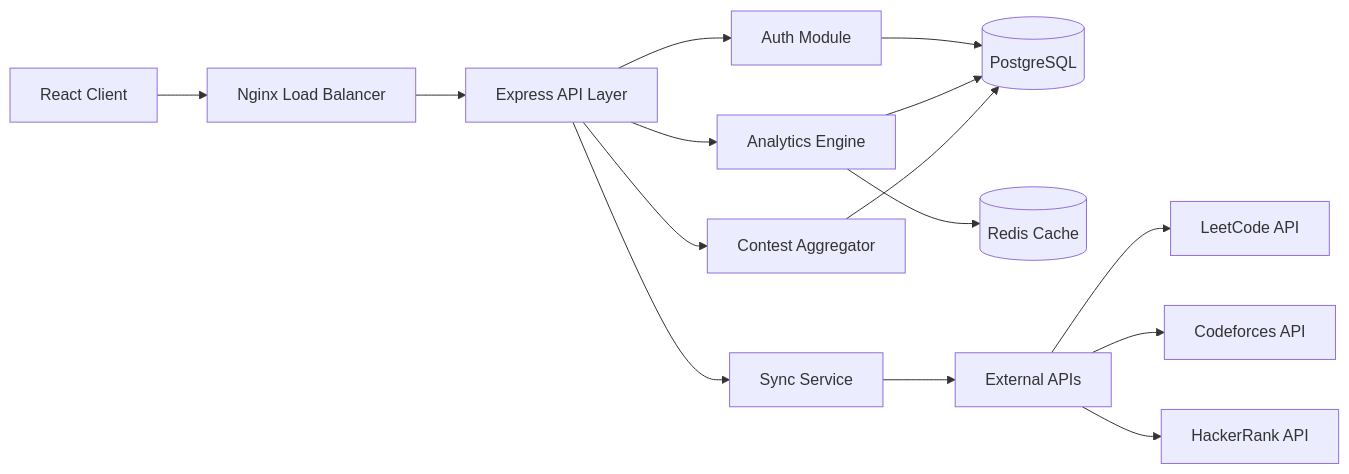
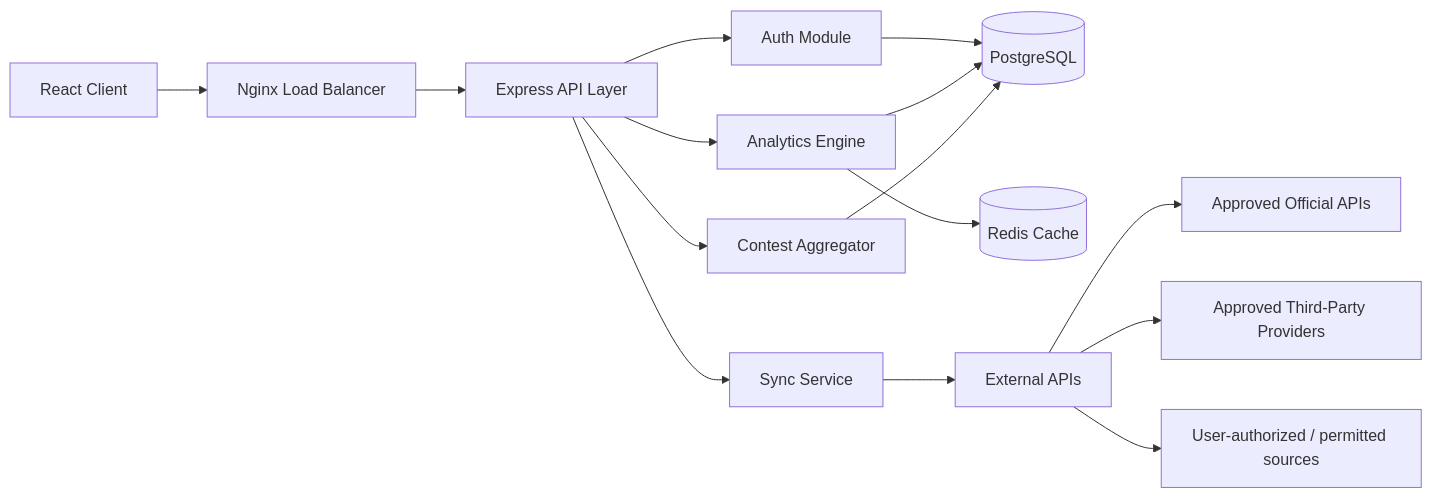
One commit to ishendrarai/CodeONE changed the first of 3 diagrams in README.md. Above: the diagram before and after it, drawn with Mermaid. The commit also changed other lines of this file and 1 other file, not shown here.

First line of the commit message:
docs: document API research and project status

````diff
--- a/README.md
+++ b/README.md
@@ -239,17 +669,33 @@
 ```mermaid
+
 flowchart LR
+
     A[React Client] --> B[Nginx Load Balancer]
+
     B --> C[Express API Layer]
+
     C --> D[Auth Module]
+
     C --> E[Analytics Engine]
+
     C --> F[Contest Aggregator]
+
     C --> G[Sync Service]
+
     D --> H[(PostgreSQL)]
+
     E --> H
+
     E --> I[(Redis Cache)]
+
     F --> H
+
     G --> J[External APIs]
-    J --> K[LeetCode API]
-    J --> L[Codeforces API]
-    J --> M[HackerRank API]
+
+    J --> K[Approved Official APIs]
+
+    J --> L[Approved Third-Party Providers]
+
+    J --> M[User-authorized / permitted sources]
+
 ```
````
